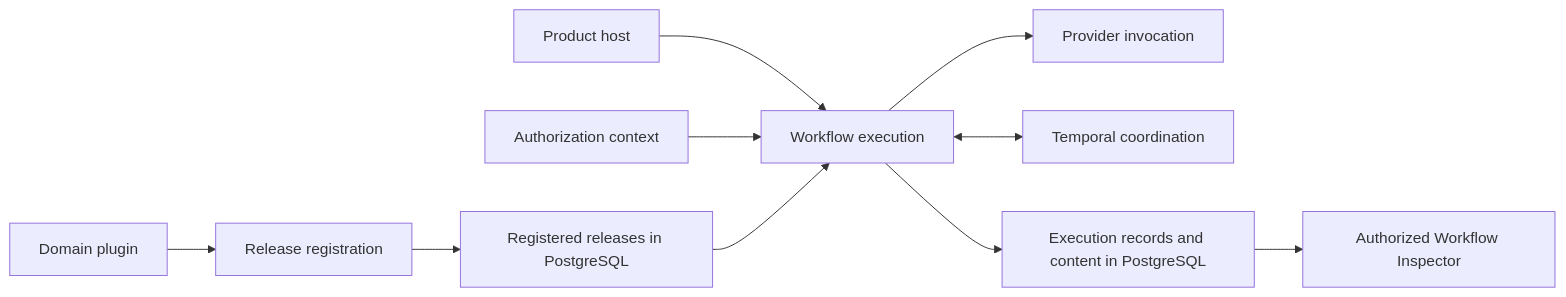
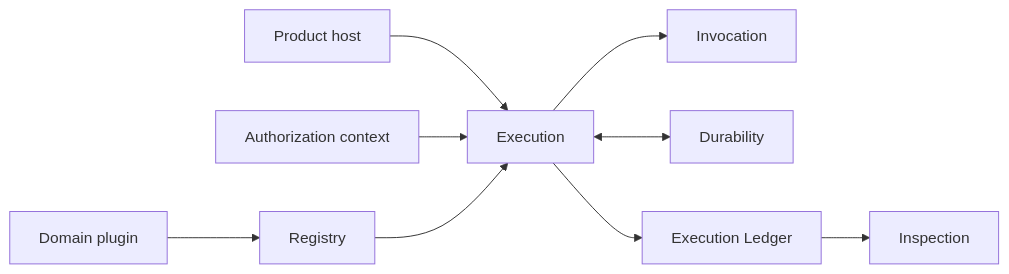
The first of 6 diagrams in src/agent_runtime/design_contract/the_agent_runtime.md (bobaoai/agent_runtime), drawn with Mermaid before and after one commit. The commit also changed other lines of this file and 53 other files, not shown here.

First line of the commit message:
refactor: separate runtime architecture axes

````diff
--- a/src/agent_runtime/design_contract/the_agent_runtime.md
+++ b/src/agent_runtime/design_contract/the_agent_runtime.md
@@ -122,12 +125,11 @@
 ```mermaid
 flowchart LR
-    DOMAIN["Domain plugin"] --> REGISTRY["Release registration"]
-    REGISTRY --> RELEASES["Registered releases in PostgreSQL"]
-    HOST["Product host"] --> EXECUTION["Workflow execution"]
+    DOMAIN["Domain plugin"] --> REGISTRY["Registry"]
+    HOST["Product host"] --> EXECUTION["Execution"]
     AUTH["Authorization context"] --> EXECUTION
-    RELEASES --> EXECUTION
-    EXECUTION --> PROVIDER["Provider invocation"]
-    EXECUTION <--> TEMPORAL["Temporal coordination"]
-    EXECUTION --> RECORDS["Execution records and content in PostgreSQL"]
-    RECORDS --> REVIEW["Authorized Workflow Inspector"]
+    REGISTRY --> EXECUTION
+    EXECUTION --> INVOCATION["Invocation"]
+    EXECUTION <--> DURABILITY["Durability"]
+    EXECUTION --> LEDGER["Execution Ledger"]
+    LEDGER --> INSPECTION["Inspection"]
 ```
````
